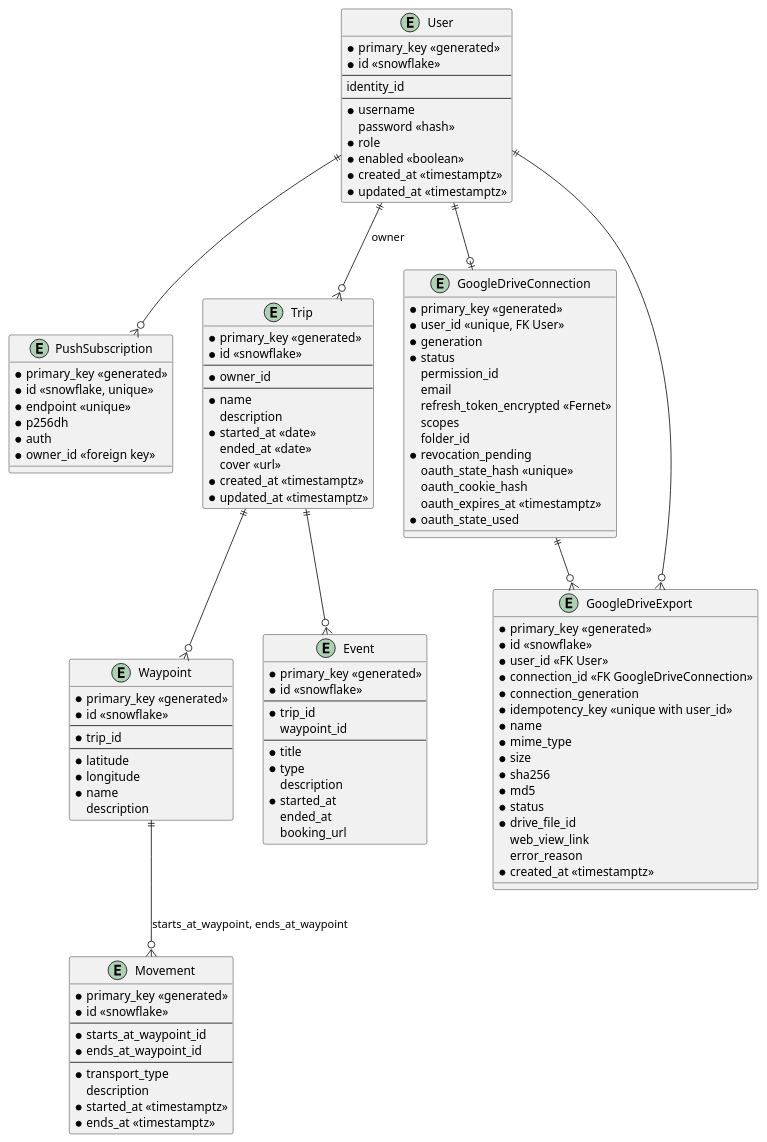
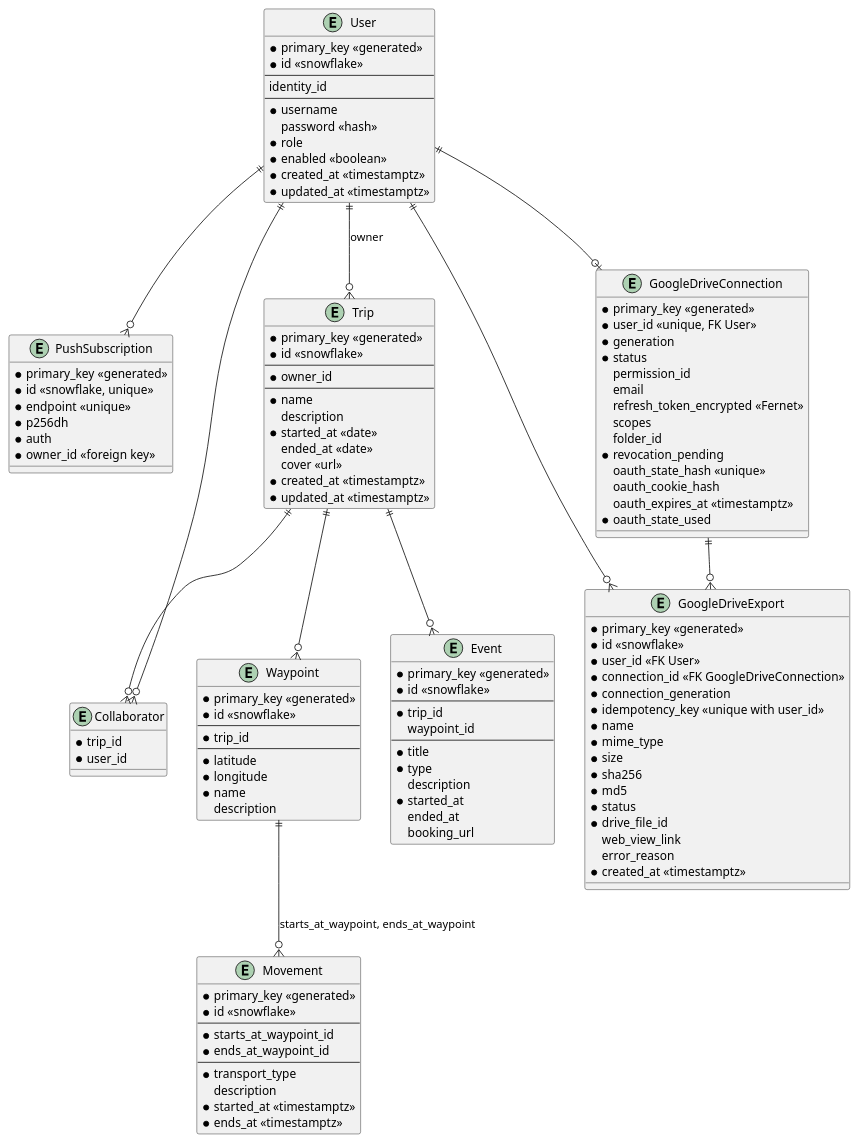
One commit to eliseydudin/prod-hack-kzn-2026-backend changed the diagram in docs/database.puml. Above: the diagram before and after it, drawn with PlantUML. The commit also changed 13 other files, not shown here.

```diff
--- a/docs/database.puml
+++ b/docs/database.puml
@@ -1,126 +1,134 @@
 @startuml
 
 entity User {
 	* primary_key <<generated>>
 	* id <<snowflake>>
 	--
 	identity_id
 	--
 	* username
 	password <<hash>>
 	* role
 	* enabled <<boolean>>
 	* created_at <<timestamptz>>
 	* updated_at <<timestamptz>>
 }
 
 entity PushSubscription {
 	* primary_key <<generated>>
 	* id <<snowflake, unique>>
 	* endpoint <<unique>>
 	* p256dh
 	* auth
 	* owner_id <<foreign key>>
 }
 
 entity Trip {
 	* primary_key <<generated>>
 	* id <<snowflake>>
 	--
 	* owner_id
 	--
 	* name
 	description
 	* started_at <<date>>
 	ended_at <<date>>
 	cover <<url>>
 	* created_at <<timestamptz>>
 	* updated_at <<timestamptz>>
+}
+
+entity Collaborator {
+	* trip_id
+	* user_id
 }
 
 entity Waypoint {
 	* primary_key <<generated>>
 	* id <<snowflake>>
 	--
 	* trip_id
 	--
 	* latitude
 	* longitude
 	* name
 	description
 }
 
 entity Movement {
 	* primary_key <<generated>>
 	* id <<snowflake>>
 	--
 	* starts_at_waypoint_id
 	* ends_at_waypoint_id
 	--
 	* transport_type
 	description
 	* started_at <<timestamptz>>
 	* ends_at <<timestamptz>>
 }
 
 entity Event {
 	* primary_key <<generated>>
 	* id <<snowflake>>
 	--
 	* trip_id
 	waypoint_id
 	--
 	* title
 	* type
 	description
 	* started_at
 	ended_at
 	booking_url
 }
 
 User ||--o{ PushSubscription
 User ||--o{ Trip : owner
 Trip ||--o{ Waypoint
 Waypoint ||--o{ Movement : starts_at_waypoint, ends_at_waypoint
 Trip ||--o{ Event
+User ||--o{ Collaborator
+Trip ||--o{ Collaborator
+
 entity GoogleDriveConnection {
     * primary_key <<generated>>
     * user_id <<unique, FK User>>
     * generation
     * status
     permission_id
     email
     refresh_token_encrypted <<Fernet>>
     scopes
     folder_id
     * revocation_pending
     oauth_state_hash <<unique>>
     oauth_cookie_hash
     oauth_expires_at <<timestamptz>>
     * oauth_state_used
 }
 
 entity GoogleDriveExport {
     * primary_key <<generated>>
     * id <<snowflake>>
     * user_id <<FK User>>
     * connection_id <<FK GoogleDriveConnection>>
     * connection_generation
     * idempotency_key <<unique with user_id>>
     * name
     * mime_type
     * size
     * sha256
     * md5
     * status
     * drive_file_id
     web_view_link
     error_reason
     * created_at <<timestamptz>>
 }
 
 User ||--o| GoogleDriveConnection
 User ||--o{ GoogleDriveExport
 GoogleDriveConnection ||--o{ GoogleDriveExport
 
 @enduml
```
